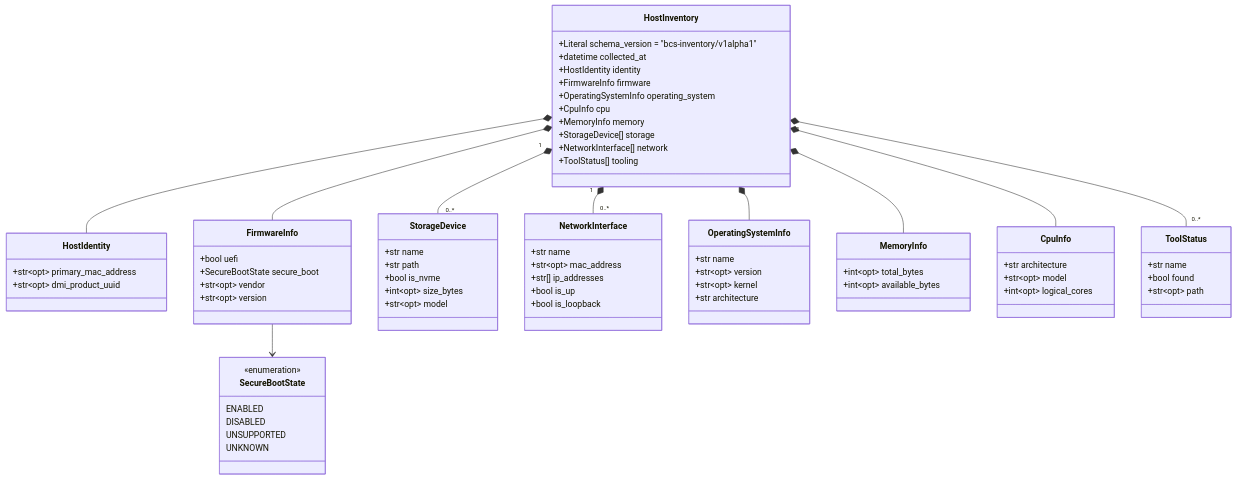
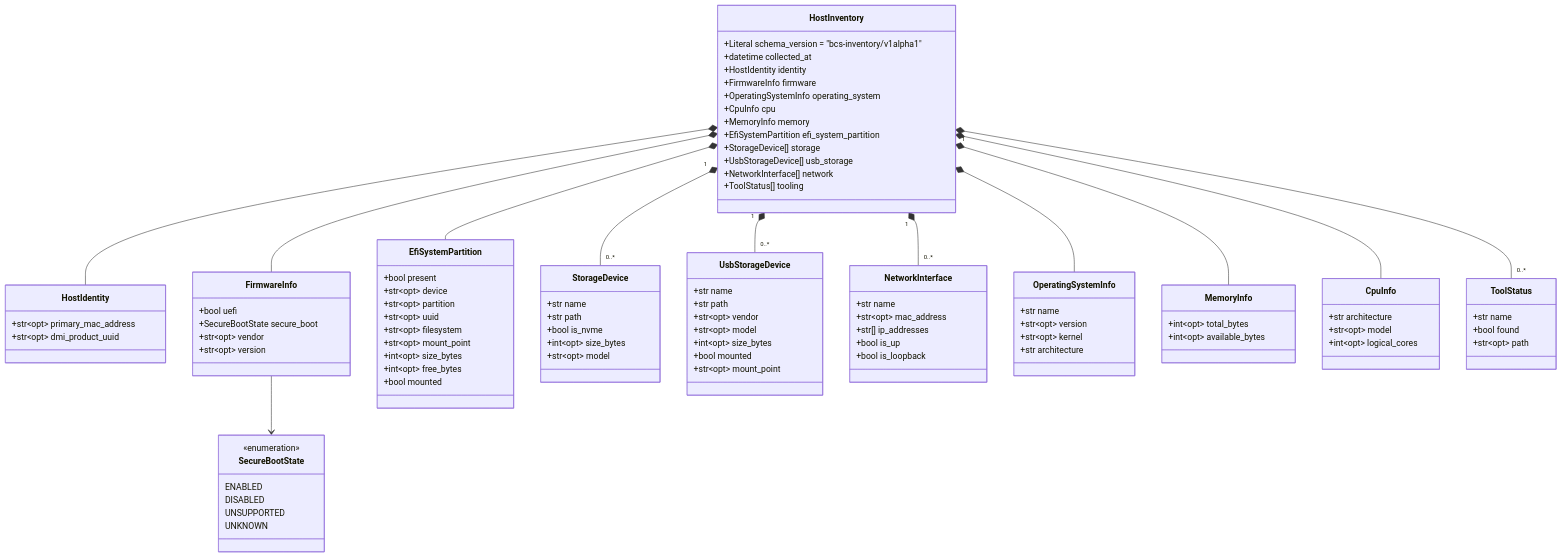
Before and after one commit to nino79/batoi-classroom-suite: the first of 6 diagrams in docs/HOST_INVENTORY.md, drawn with Mermaid. The commit also changed other lines of this file and 4 other files, not shown here.

Commit message:
docs: extend host inventory specification

```diff
--- a/docs/HOST_INVENTORY.md
+++ b/docs/HOST_INVENTORY.md
@@ -54,7 +54,9 @@
         +OperatingSystemInfo operating_system
         +CpuInfo cpu
         +MemoryInfo memory
+        +EfiSystemPartition efi_system_partition
         +StorageDevice[] storage
+        +UsbStorageDevice[] usb_storage
         +NetworkInterface[] network
         +ToolStatus[] tooling
     }
@@ -75,12 +77,32 @@
         UNSUPPORTED
         UNKNOWN
     }
+    class EfiSystemPartition {
+        +bool present
+        +str~opt~ device
+        +str~opt~ partition
+        +str~opt~ uuid
+        +str~opt~ filesystem
+        +str~opt~ mount_point
+        +int~opt~ size_bytes
+        +int~opt~ free_bytes
+        +bool mounted
+    }
     class StorageDevice {
         +str name
         +str path
         +bool is_nvme
         +int~opt~ size_bytes
         +str~opt~ model
+    }
+    class UsbStorageDevice {
+        +str name
+        +str path
+        +str~opt~ vendor
+        +str~opt~ model
+        +int~opt~ size_bytes
+        +bool mounted
+        +str~opt~ mount_point
     }
     class NetworkInterface {
         +str name
@@ -115,7 +137,9 @@
     HostInventory *-- OperatingSystemInfo
     HostInventory *-- CpuInfo
     HostInventory *-- MemoryInfo
+    HostInventory *-- EfiSystemPartition
     HostInventory "1" *-- "0..*" StorageDevice
+    HostInventory "1" *-- "0..*" UsbStorageDevice
     HostInventory "1" *-- "0..*" NetworkInterface
     HostInventory "1" *-- "0..*" ToolStatus
     FirmwareInfo --> SecureBootState
```
